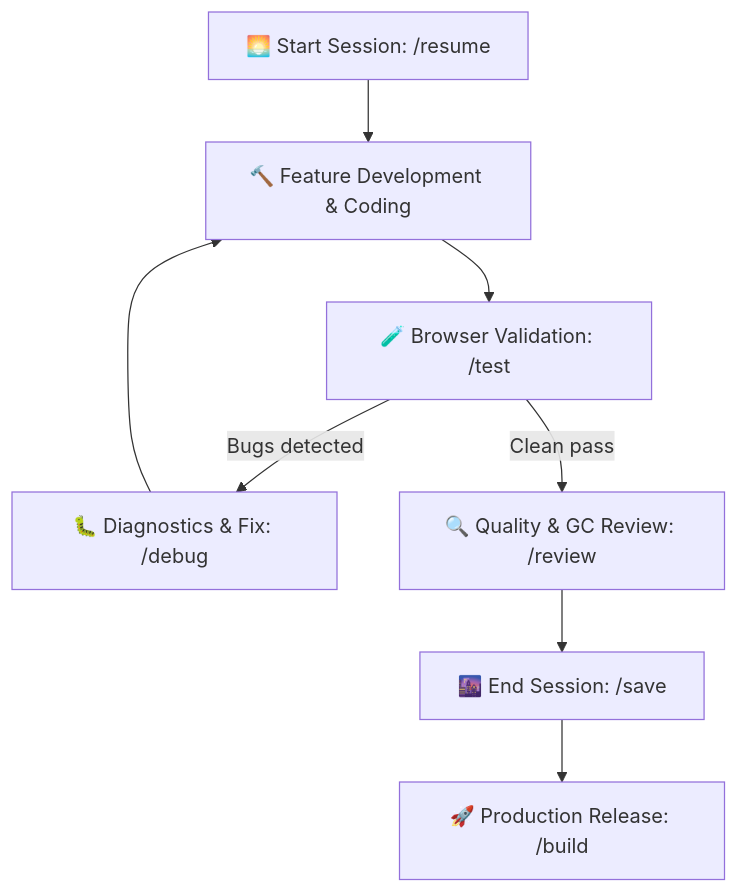
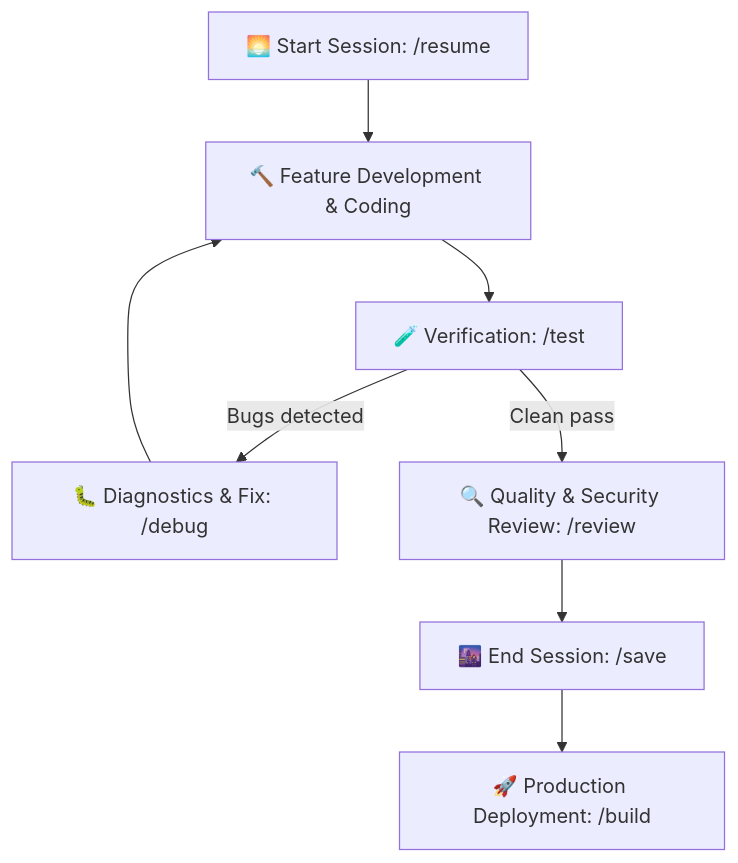
One commit to Samrude1/agentic-fullstack-template changed the diagram in AGENTS.md. Above: the diagram before and after it, drawn with Mermaid. The commit also changed other lines of this file and 39 other files, not shown here.

````diff
--- a/AGENTS.md
+++ b/AGENTS.md
@@ -44,10 +44,10 @@
 ```mermaid
 graph TD
     A["🌅 Start Session: /resume"] --> B["🔨 Feature Development & Coding"]
-    B --> C["🧪 Browser Validation: /test"]
+    B --> C["🧪 Verification: /test"]
     C -- Bugs detected --> D["🐛 Diagnostics & Fix: /debug"]
     D --> B
-    C -- Clean pass --> E["🔍 Quality & GC Review: /review"]
+    C -- Clean pass --> E["🔍 Quality & Security Review: /review"]
     E --> F["🌆 End Session: /save"]
-    F --> G["🚀 Production Release: /build"]
+    F --> G["🚀 Production Deployment: /build"]
 ```
````
